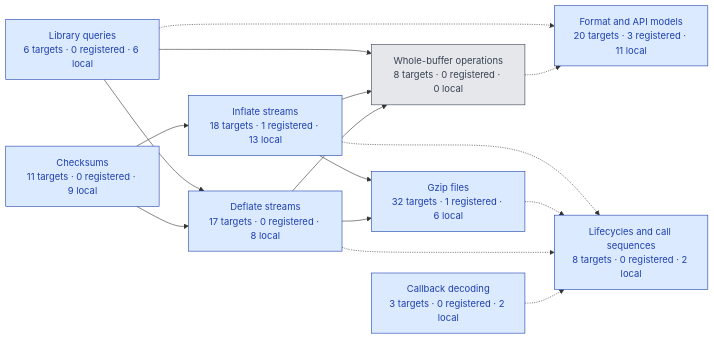
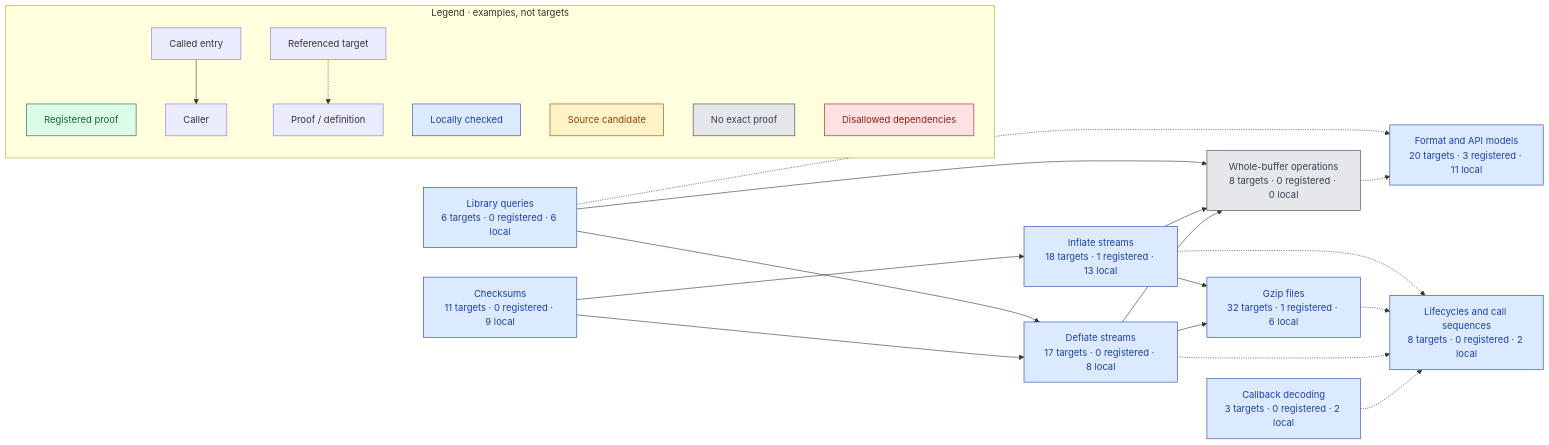
Before and after one commit to cla7aye15I4nd/zlib-f: the diagram in docs/overview.md, drawn with Mermaid. The commit also changed other lines of this file and 3 other files, not shown here.

First line of the commit message:
Add legends and clickable target indexes to proof graphs

````diff
--- a/docs/overview.md
+++ b/docs/overview.md
@@ -26,31 +26,54 @@
 ```mermaid
 flowchart LR
   queries["Library queries<br/>6 targets · 0 registered · 6 local"]:::local
   checksums["Checksums<br/>11 targets · 0 registered · 9 local"]:::local
   inflate["Inflate streams<br/>18 targets · 1 registered · 13 local"]:::local
   deflate["Deflate streams<br/>17 targets · 0 registered · 8 local"]:::local
   back["Callback decoding<br/>3 targets · 0 registered · 2 local"]:::local
   gzip["Gzip files<br/>32 targets · 1 registered · 6 local"]:::local
   buffers["Whole-buffer operations<br/>8 targets · 0 registered · 0 local"]:::open
   models["Format and API models<br/>20 targets · 3 registered · 11 local"]:::local
   lifecycle["Lifecycles and call sequences<br/>8 targets · 0 registered · 2 local"]:::local
   back -.-> lifecycle
   buffers -.-> models
   checksums --> deflate
   checksums --> inflate
   deflate --> buffers
   deflate --> gzip
   deflate -.-> lifecycle
   gzip -.-> lifecycle
   inflate --> buffers
   inflate --> gzip
   inflate -.-> lifecycle
   queries --> buffers
   queries --> deflate
   queries -.-> models
+  click queries href "progress.md#group-queries" "Open group index"
+  click checksums href "progress.md#group-checksums" "Open group index"
+  click inflate href "progress.md#group-inflate" "Open group index"
+  click deflate href "progress.md#group-deflate" "Open group index"
+  click back href "progress.md#group-back" "Open group index"
+  click gzip href "progress.md#group-gzip" "Open group index"
+  click buffers href "progress.md#group-buffers" "Open group index"
+  click models href "progress.md#group-models" "Open group index"
+  click lifecycle href "progress.md#group-lifecycle" "Open group index"
+  subgraph legend["Legend · examples, not targets"]
+    key_registered["Registered proof"]:::registered
+    key_local["Locally checked"]:::local
+    key_draft["Source candidate"]:::draft
+    key_open["No exact proof"]:::open
+    key_rejected["Disallowed dependencies"]:::rejected
+    key_called["Called entry"] --> key_caller["Caller"]
+    key_dependency["Referenced target"] -.-> key_user["Proof / definition"]
+  end
+  click key_registered href "progress.md#status-registered" "Read status meaning"
+  click key_local href "progress.md#status-local" "Read status meaning"
+  click key_draft href "progress.md#status-draft" "Read status meaning"
+  click key_open href "progress.md#status-open" "Read status meaning"
+  click key_rejected href "progress.md#status-rejected" "Read status meaning"
   classDef registered fill:#dcfce7,color:#166534,stroke:#166534
   classDef local fill:#dbeafe,color:#1e40af,stroke:#1e40af
   classDef draft fill:#fef3c7,color:#92400e,stroke:#92400e
   classDef open fill:#e5e7eb,color:#374151,stroke:#374151
   classDef rejected fill:#fee2e2,color:#991b1b,stroke:#991b1b
 ```
````
